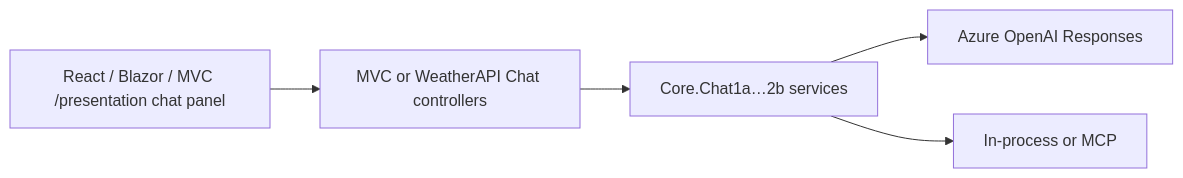
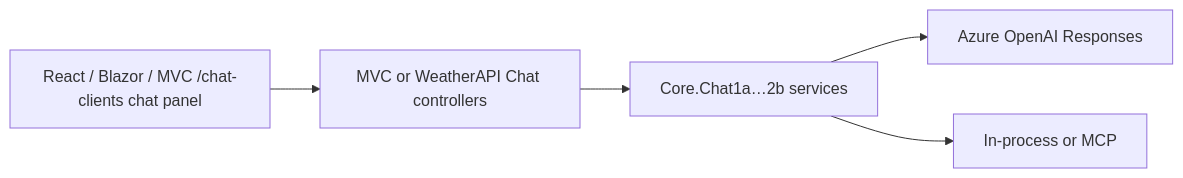
Before and after one commit to dustinkorzaan/weather-1116: the first of 2 diagrams in docs/architecture.md, drawn with Mermaid. The commit also changed other lines of this file and 25 other files, not shown here.

First line of the commit message:
Fix Blazor menu navigation and split Presentation into three pages (#159)

````diff
--- a/docs/architecture.md
+++ b/docs/architecture.md
@@ -78,13 +78,13 @@
 ```mermaid
 flowchart LR
-  UI[React / Blazor / MVC /presentation chat panel]
+  UI[React / Blazor / MVC /chat-clients chat panel]
   API[MVC or WeatherAPI Chat controllers]
   Core[Core.Chat1a…2b services]
   Model[Azure OpenAI Responses]
   Tools[In-process or MCP]
 
   UI --> API
   API --> Core
   Core --> Model
   Core --> Tools
 ```
````
